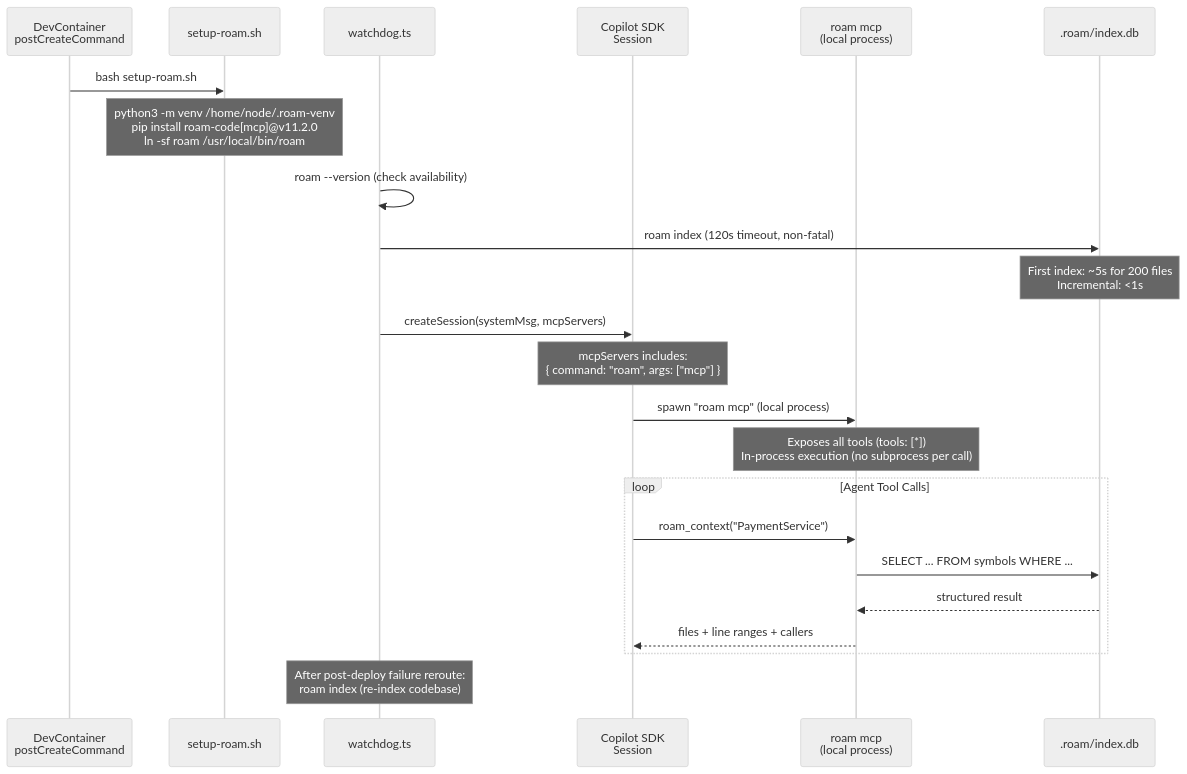
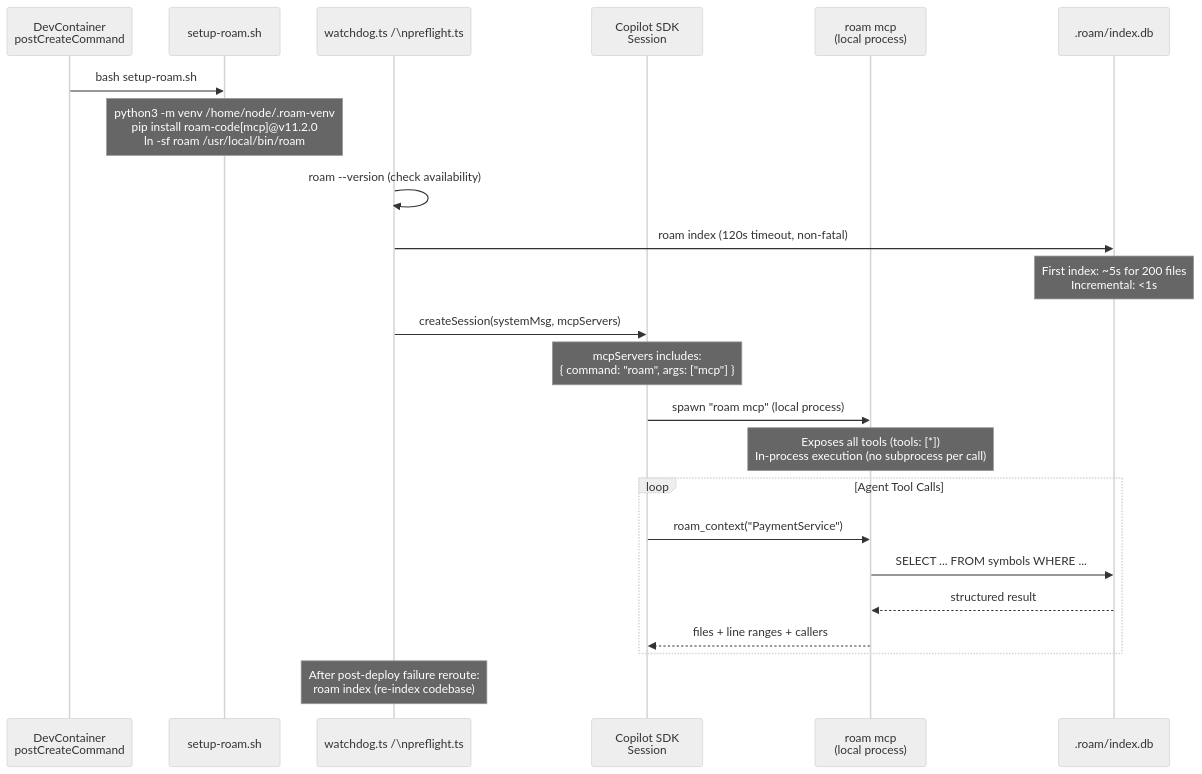
The eighth of 10 diagrams in tools/autonomous-factory/docs/02-roam-code.md (RomanKaliupinMelonusa/DAGent-t), drawn with Mermaid (neutral theme) before and after one commit. The commit also changed other lines of this file and 16 other files, not shown here.

````diff
--- a/tools/autonomous-factory/docs/02-roam-code.md
+++ b/tools/autonomous-factory/docs/02-roam-code.md
@@ -228,31 +228,31 @@
 ```mermaid
 sequenceDiagram
     participant DC as DevContainer<br/>postCreateCommand
     participant SH as setup-roam.sh
-    participant W as watchdog.ts
+    participant W as watchdog.ts /\npreflight.ts
     participant SDK as Copilot SDK<br/>Session
     participant MCP as roam mcp<br/>(local process)
     participant DB as .roam/index.db
 
     DC->>SH: bash setup-roam.sh
     Note over SH: python3 -m venv /home/node/.roam-venv<br/>pip install roam-code[mcp]@v11.2.0<br/>ln -sf roam /usr/local/bin/roam
 
     W->>W: roam --version (check availability)
     W->>DB: roam index (120s timeout, non-fatal)
     Note over DB: First index: ~5s for 200 files<br/>Incremental: <1s
 
     W->>SDK: createSession(systemMsg, mcpServers)
     Note over SDK: mcpServers includes:<br/>{ command: "roam", args: ["mcp"] }
 
     SDK->>MCP: spawn "roam mcp" (local process)
     Note over MCP: Exposes all tools (tools: [*])<br/>In-process execution (no subprocess per call)
 
     loop Agent Tool Calls
         SDK->>MCP: roam_context("PaymentService")
         MCP->>DB: SELECT ... FROM symbols WHERE ...
         DB-->>MCP: structured result
         MCP-->>SDK: files + line ranges + callers
     end
 
     Note over W: After post-deploy failure reroute:<br/>roam index (re-index codebase)
 ```
````
